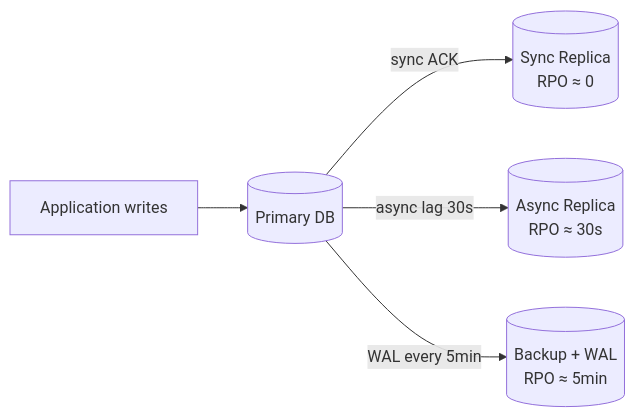
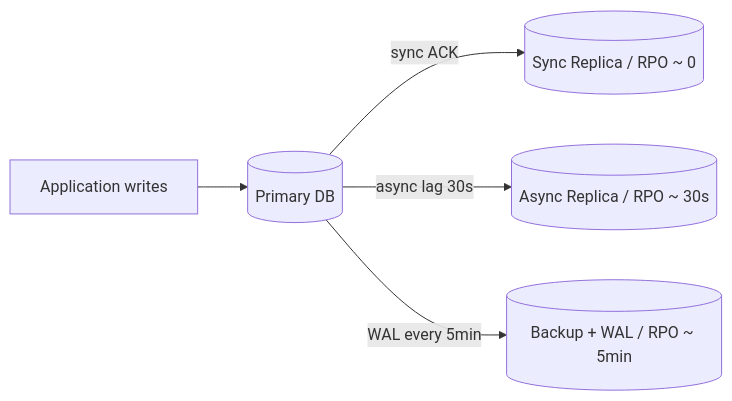
One commit to hareramcse/SystemDesign changed the ninth of 21 diagrams in 12-reliability-engineering/README.md. Above: the diagram before and after it, drawn with Mermaid. The commit also changed other lines of this file and 14 other files, not shown here.

````diff
--- a/12-reliability-engineering/README.md
+++ b/12-reliability-engineering/README.md
@@ -410,7 +410,7 @@
 ```mermaid
 flowchart LR
     App[Application writes] --> Primary[(Primary DB)]
-    Primary -->|sync ACK| SyncRep[(Sync Replica<br/>RPO ≈ 0)]
-    Primary -->|async lag 30s| AsyncRep[(Async Replica<br/>RPO ≈ 30s)]
-    Primary -->|WAL every 5min| S3[(Backup + WAL<br/>RPO ≈ 5min)]
+    Primary -->|sync ACK| SyncRep[(Sync Replica / RPO ~ 0)]
+    Primary -->|async lag 30s| AsyncRep[(Async Replica / RPO ~ 30s)]
+    Primary -->|WAL every 5min| S3[(Backup + WAL / RPO ~ 5min)]
 ```
````
